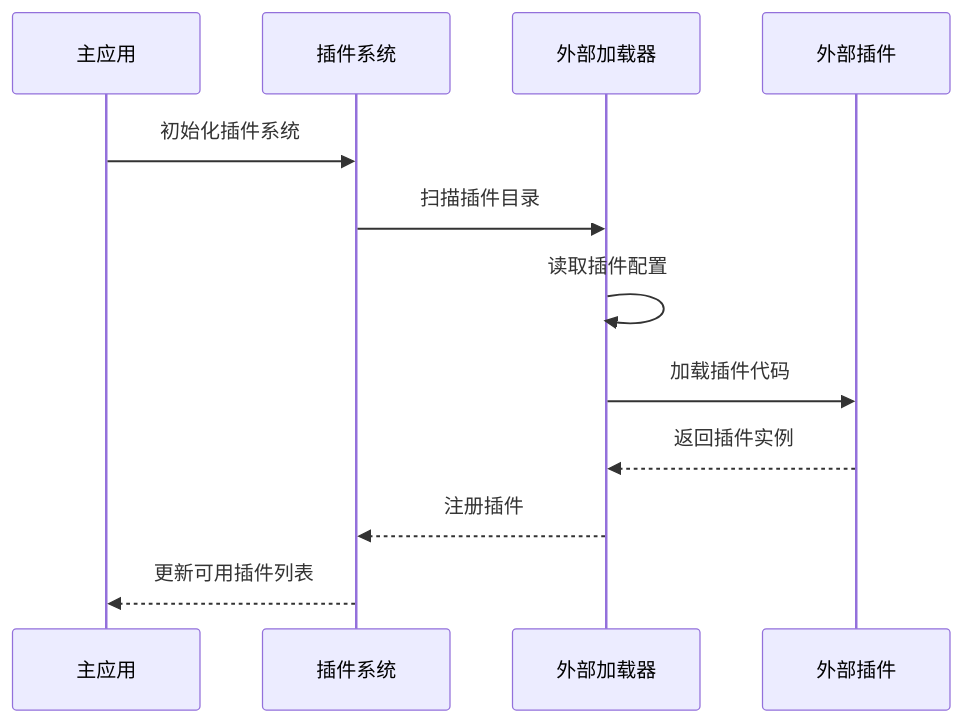
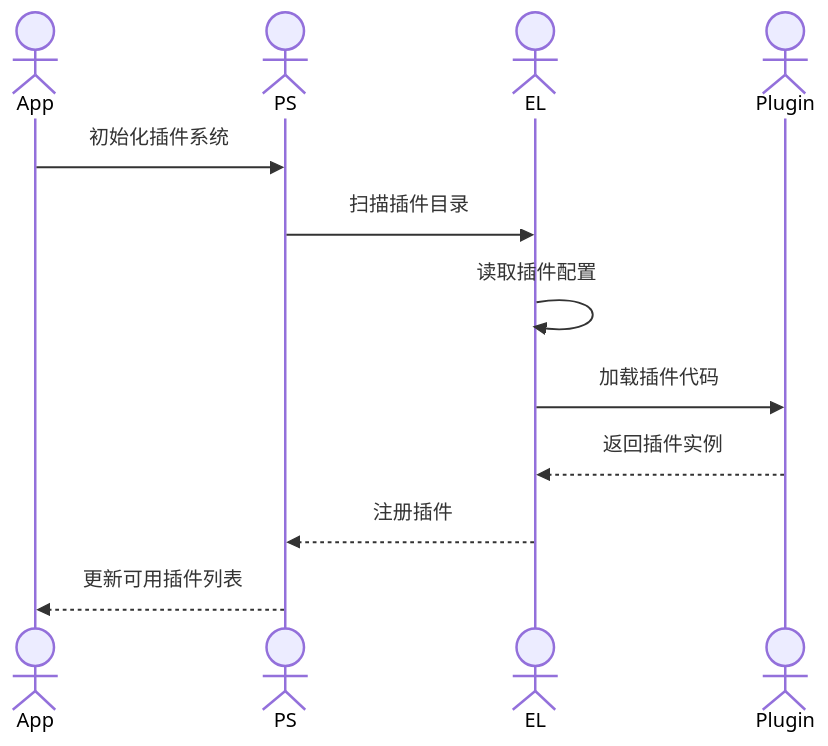
Before and after one commit to terwer/siyuan-plugin-publisher: the seventh of 7 diagrams in DEVELOPMENT_zh_CN.md, drawn with Mermaid. The commit also changed other lines of this file and 1 other file, not shown here.

First line of the commit message:
docs(DEVELOPMENT): update sequence diagrams to use actor instead of participant

````diff
--- a/DEVELOPMENT_zh_CN.md
+++ b/DEVELOPMENT_zh_CN.md
@@ -436,15 +436,15 @@
 ```mermaid
 sequenceDiagram
-    participant App as 主应用
-    participant PS as 插件系统
-    participant EL as 外部加载器
-    participant Plugin as 外部插件
+    actor App
+    actor PS
+    actor EL
+    actor Plugin
 
     App->>PS: 初始化插件系统
     PS->>EL: 扫描插件目录
     EL->>EL: 读取插件配置
     EL->>Plugin: 加载插件代码
     Plugin-->>EL: 返回插件实例
     EL-->>PS: 注册插件
     PS-->>App: 更新可用插件列表
 ``` 
````
